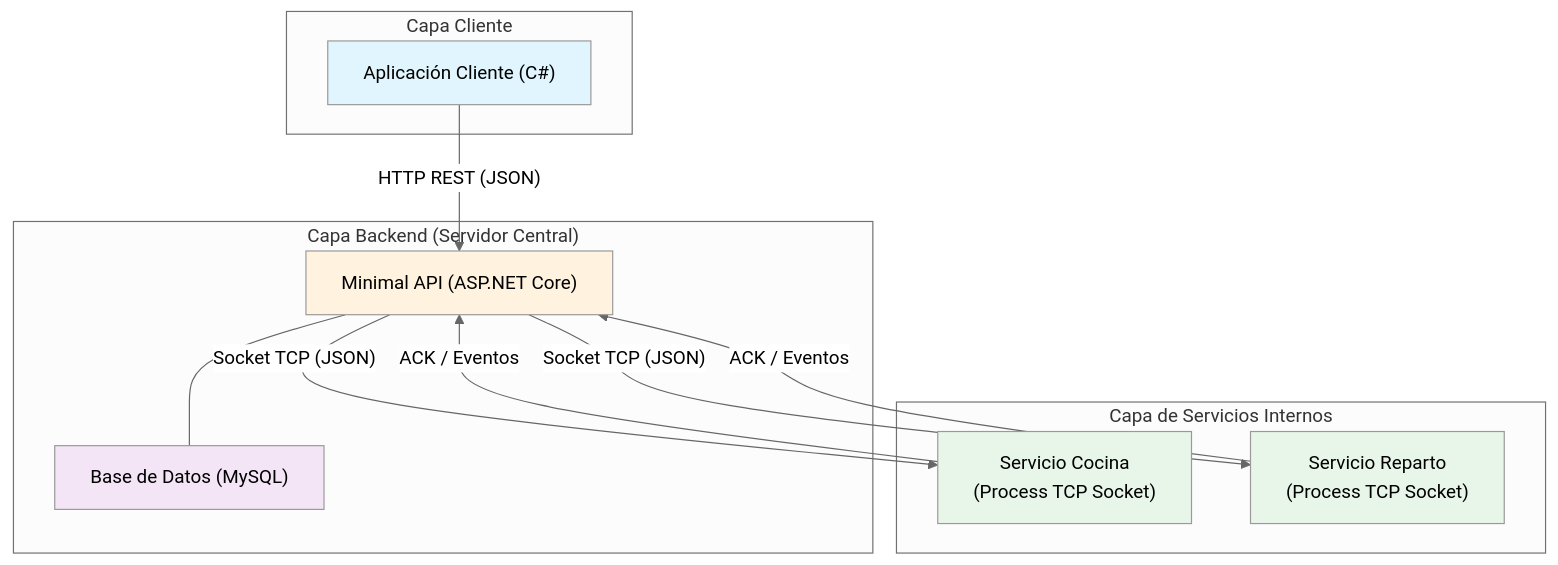
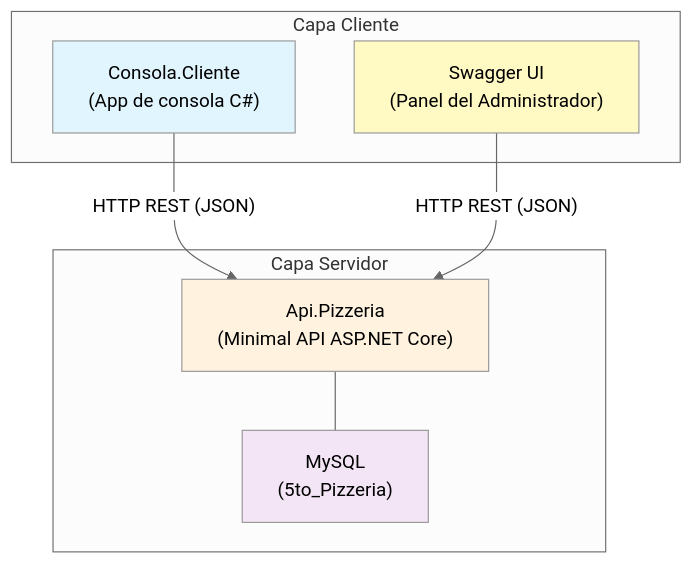
One commit to MonkiCapo/Trabajos2026 changed the diagram in Plan3.2/Docs/ArquitecturaDistribuida.md. Above: the diagram before and after it, drawn with Mermaid (neutral theme). The commit also changed other lines of this file and 145 other files, not shown here.

````diff
--- a/Plan3.2/Docs/ArquitecturaDistribuida.md
+++ b/Plan3.2/Docs/ArquitecturaDistribuida.md
@@ -10,30 +12,21 @@
 ```mermaid
 graph TB
     subgraph "Capa Cliente"
-        APP["Aplicación Cliente (C#)"]
+        APP["Consola.Cliente<br/>(App de consola C#)"]
+        SW["Swagger UI<br/>(Panel del Administrador)"]
     end
 
-    subgraph "Capa Backend (Servidor Central)"
-        API["Minimal API (ASP.NET Core)"]
-        DB["Base de Datos (MySQL)"]
+    subgraph "Capa Servidor"
+        API["Api.Pizzeria<br/>(Minimal API ASP.NET Core)"]
+        DB["MySQL<br/>(5to_Pizzeria)"]
         API --- DB
     end
 
-    subgraph "Capa de Servicios Internos"
-        CO["Servicio Cocina<br/>(Process TCP Socket)"]
-        RE["Servicio Reparto<br/>(Process TCP Socket)"]
-    end
-
     APP -- "HTTP REST (JSON)" --> API
-    API -- "Socket TCP (JSON)" --> CO
-    API -- "Socket TCP (JSON)" --> RE
-
-    CO -- "ACK / Eventos" --> API
-    RE -- "ACK / Eventos" --> API
+    SW -- "HTTP REST (JSON)" --> API
 
     style APP fill:#e1f5fe
+    style SW fill:#fff9c4
     style API fill:#fff3e0
     style DB fill:#f3e5f5
-    style CO fill:#e8f5e9
-    style RE fill:#e8f5e9
 ```
````
